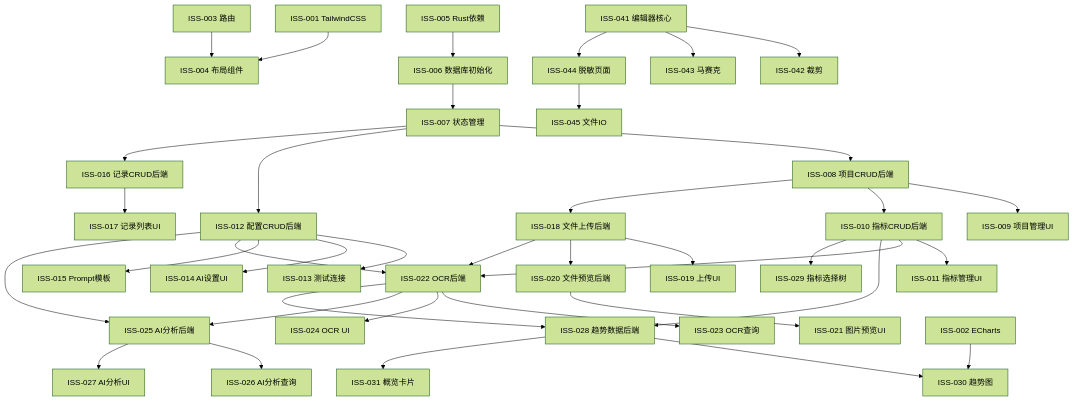
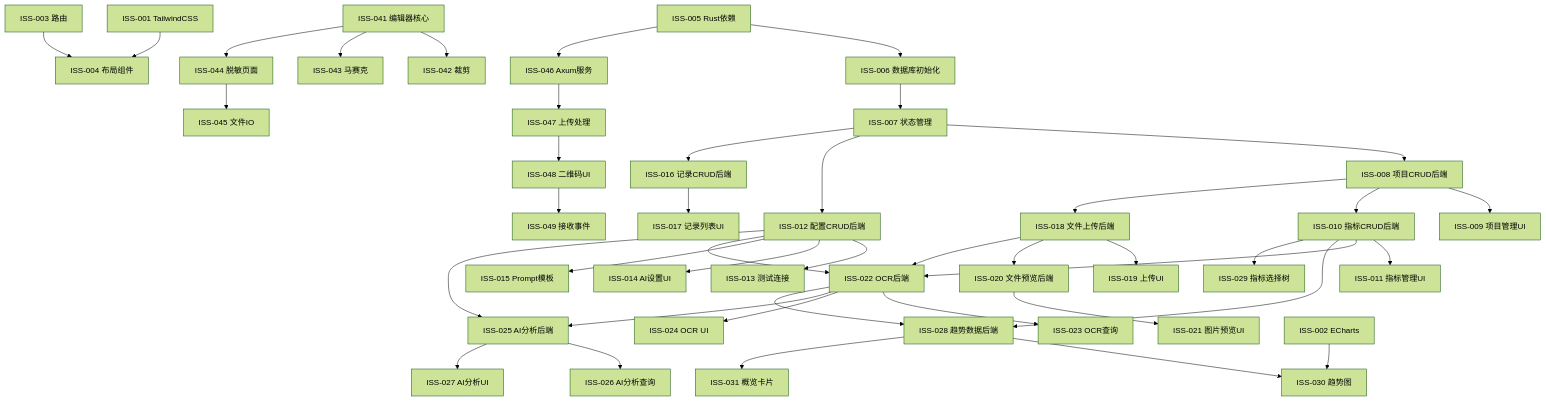
Before and after one commit to bfilestor/tauri-vue-app: the diagram in plan/todo-list.md, drawn with Mermaid (forest theme). The commit also changed other lines of this file and 15 other files, not shown here.

Commit message:
实现局域网手机上传图片

````diff
--- a/plan/todo-list.md
+++ b/plan/todo-list.md
@@ -314,40 +344,45 @@
 ```mermaid
 graph TD
     ISS001[ISS-001 TailwindCSS] --> ISS004[ISS-004 布局组件]
     ISS003[ISS-003 路由] --> ISS004
     ISS005[ISS-005 Rust依赖] --> ISS006[ISS-006 数据库初始化]
     ISS006 --> ISS007[ISS-007 状态管理]
     ISS007 --> ISS008[ISS-008 项目CRUD后端]
     ISS007 --> ISS012[ISS-012 配置CRUD后端]
     ISS007 --> ISS016[ISS-016 记录CRUD后端]
     ISS008 --> ISS009[ISS-009 项目管理UI]
     ISS008 --> ISS010[ISS-010 指标CRUD后端]
     ISS008 --> ISS018[ISS-018 文件上传后端]
     ISS010 --> ISS011[ISS-011 指标管理UI]
     ISS012 --> ISS013[ISS-013 测试连接]
     ISS012 --> ISS014[ISS-014 AI设置UI]
     ISS012 --> ISS015[ISS-015 Prompt模板]
     ISS016 --> ISS017[ISS-017 记录列表UI]
     ISS018 --> ISS019[ISS-019 上传UI]
     ISS018 --> ISS020[ISS-020 文件预览后端]
     ISS020 --> ISS021[ISS-021 图片预览UI]
     ISS012 --> ISS022[ISS-022 OCR后端]
     ISS018 --> ISS022
     ISS010 --> ISS022
     ISS022 --> ISS023[ISS-023 OCR查询]
     ISS022 --> ISS024[ISS-024 OCR UI]
     ISS012 --> ISS025[ISS-025 AI分析后端]
     ISS022 --> ISS025
     ISS025 --> ISS026[ISS-026 AI分析查询]
     ISS025 --> ISS027[ISS-027 AI分析UI]
     ISS010 --> ISS028[ISS-028 趋势数据后端]
     ISS022 --> ISS028
     ISS010 --> ISS029[ISS-029 指标选择树]
     ISS028 --> ISS030[ISS-030 趋势图]
     ISS002[ISS-002 ECharts] --> ISS030
     ISS028 --> ISS031[ISS-031 概览卡片]
     ISS041[ISS-041 编辑器核心] --> ISS042[ISS-042 裁剪]
     ISS041 --> ISS043[ISS-043 马赛克]
     ISS041 --> ISS044[ISS-044 脱敏页面]
     ISS044 --> ISS045[ISS-045 文件IO]
+    ISS005 --> ISS046[ISS-046 Axum服务]
+    ISS046 --> ISS047[ISS-047 上传处理]
+    ISS047 --> ISS048[ISS-048 二维码UI]
+    ISS048 --> ISS049[ISS-049 接收事件]
+
 ```
````
